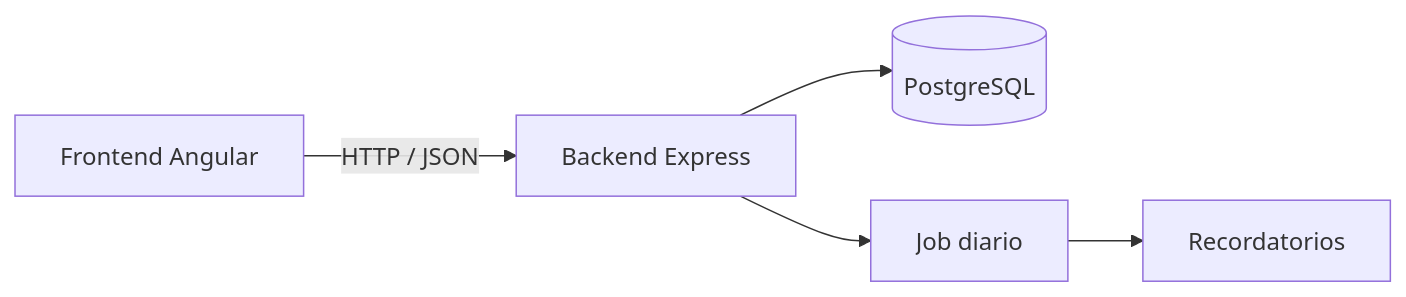
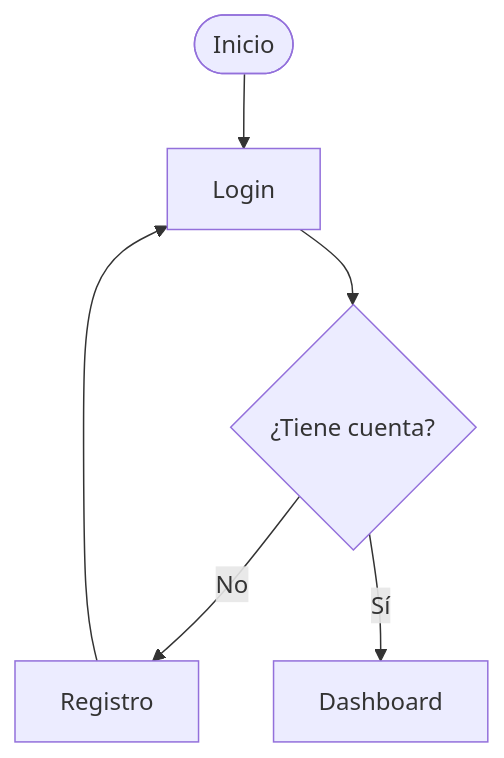
One commit to MarcosALedesma/EfectMe changed the diagram in README.md. Above: the diagram before and after it, drawn with Mermaid. The commit also changed other lines of this file and 2 other files, not shown here.

Commit message:
test mermaid

````diff
--- a/README.md
+++ b/README.md
@@ -472,7 +5,8 @@
 ```mermaid
-flowchart LR
-    A[Frontend Angular] -->|HTTP / JSON| B[Backend Express]
-    B --> C[(PostgreSQL)]
-    B --> D[Job diario]
-    D --> E[Recordatorios]
+flowchart TD
+    A([Inicio]) --> B[Login]
+    B --> C{¿Tiene cuenta?}
+    C -- No --> D[Registro]
+    D --> B
+    C -- Sí --> E[Dashboard]
 ```
````
